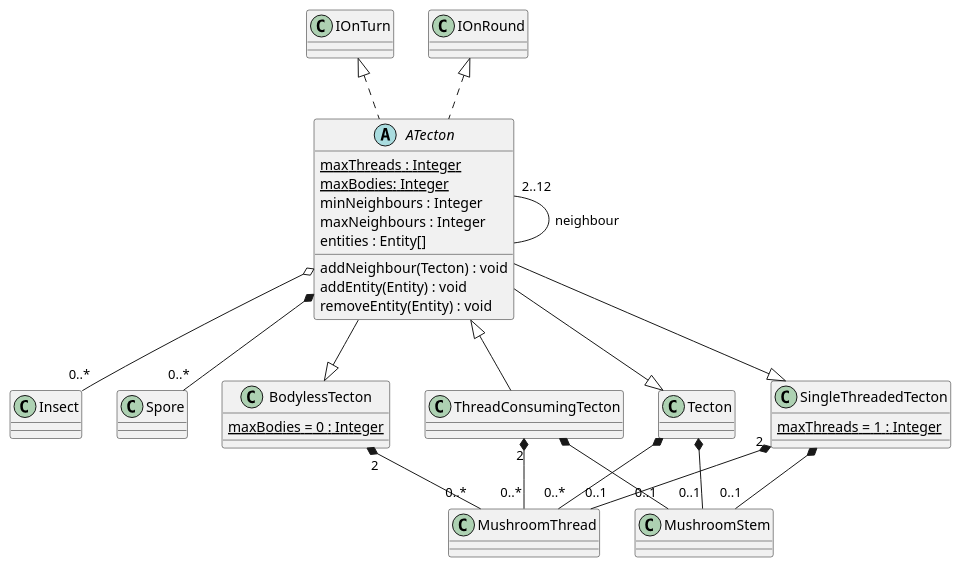
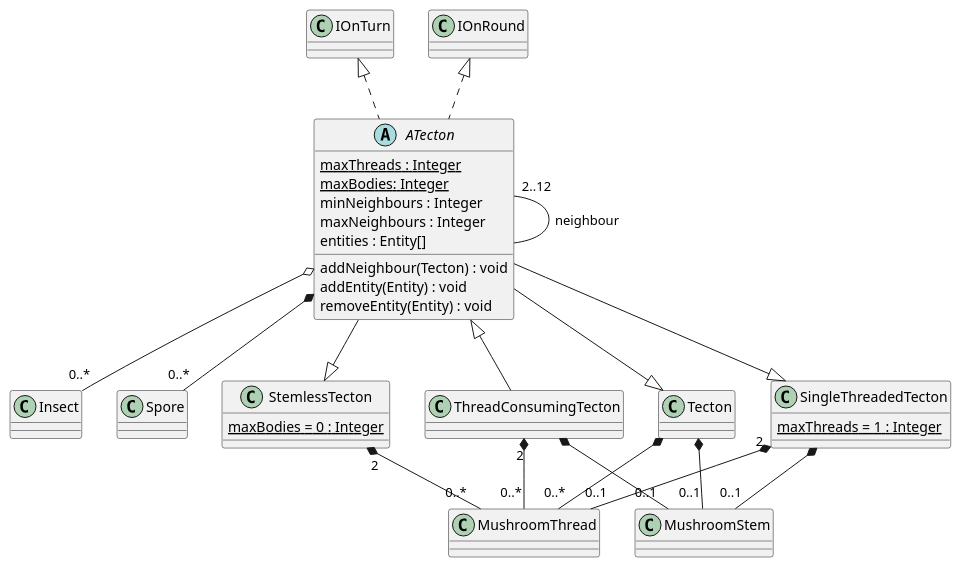
One commit to Petya-G/fungorium changed the diagram in 3/classes/tecton.puml. Above: the diagram before and after it, drawn with PlantUML.

```diff
--- a/3/classes/tecton.puml
+++ b/3/classes/tecton.puml
@@ -1,44 +1,44 @@
 @startuml tecton
   ATecton "2..12" -- ATecton : neighbour
   ATecton o-- "0..*" Insect
   ATecton *-- "0..*" Spore
   IOnTurn<|.. ATecton 
   IOnRound <|.. ATecton 
   abstract class ATecton {
     {static} maxThreads : Integer
     {static} maxBodies: Integer
     minNeighbours : Integer
     maxNeighbours : Integer
     entities : Entity[]
 
     addNeighbour(Tecton) : void
     addEntity(Entity) : void
     removeEntity(Entity) : void
   }
 
   Tecton *-- "0..1" MushroomStem 
   Tecton *-- "0..*" MushroomThread
   ATecton --|> Tecton
   class Tecton {
   }
 
   SingleThreadedTecton *-- "0..1" MushroomStem
   SingleThreadedTecton "2" *-- "0..1" MushroomThread
   ATecton --|> SingleThreadedTecton
   class SingleThreadedTecton {
     {static} maxThreads = 1 : Integer
   }
 
 
-  BodylessTecton "2" *-- "0..*" MushroomThread
-  ATecton --|> BodylessTecton
-  class BodylessTecton {
+  StemlessTecton "2" *-- "0..*" MushroomThread
+  ATecton --|> StemlessTecton
+  class StemlessTecton {
     {static} maxBodies = 0 : Integer
   }
 
   ThreadConsumingTecton *-- "0..1" MushroomStem
   ThreadConsumingTecton "2" *-- "0..*" MushroomThread
   ATecton <|-- ThreadConsumingTecton
   class ThreadConsumingTecton {
   }
 @enduml
```
